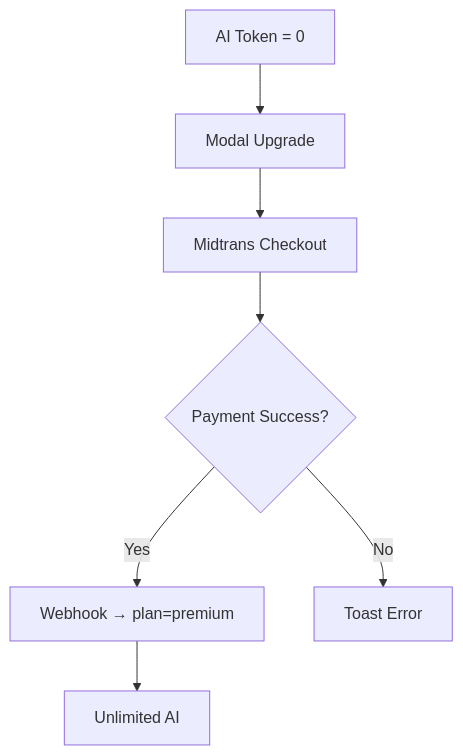
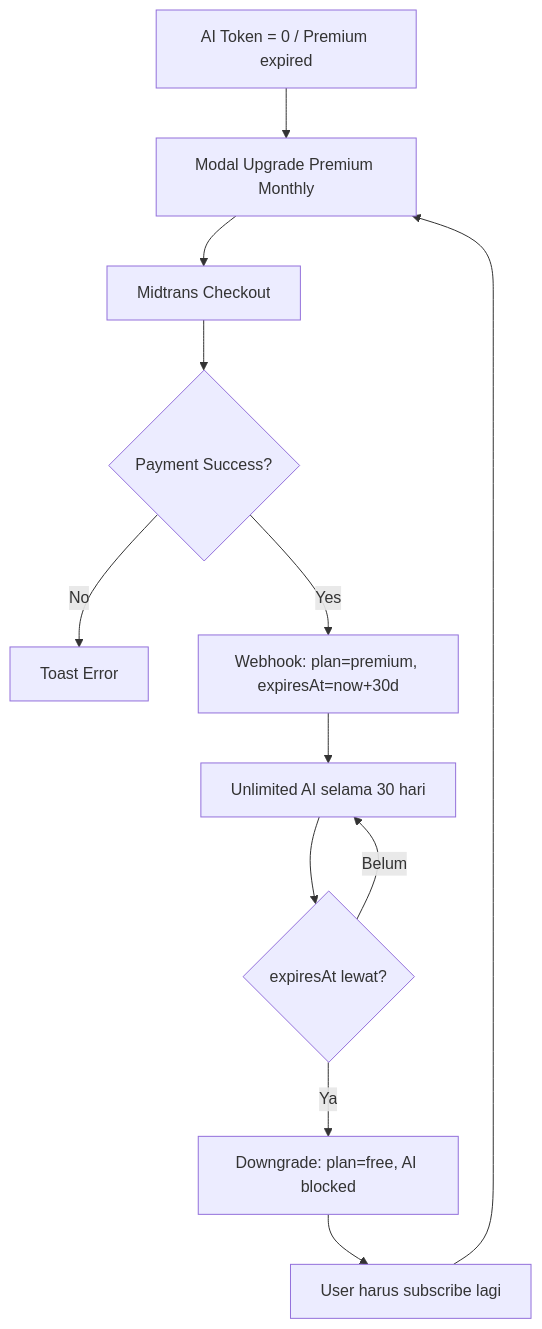
One commit to Final-Project-97/FinalProject97 changed the second of 2 diagrams in PRD.md. Above: the diagram before and after it, drawn with Mermaid. The commit also changed other lines of this file and 2 other files, not shown here.

Commit message:
chore: Rev PRD, ERD, Schema

````diff
--- a/PRD.md
+++ b/PRD.md
@@ -325,9 +346,14 @@
 ```mermaid
 flowchart TD
-    A[AI Token = 0] --> B[Modal Upgrade]
+    A[AI Token = 0 / Premium expired] --> B[Modal Upgrade Premium Monthly]
     B --> C[Midtrans Checkout]
     C --> D{Payment Success?}
-    D -->|Yes| E[Webhook → plan=premium]
     D -->|No| F[Toast Error]
-    E --> G[Unlimited AI]
+    D -->|Yes| E[Webhook: plan=premium, expiresAt=now+30d]
+    E --> G[Unlimited AI selama 30 hari]
+    G --> H{expiresAt lewat?}
+    H -->|Ya| I[Downgrade: plan=free, AI blocked]
+    I --> J[User harus subscribe lagi]
+    J --> B
+    H -->|Belum| G
 ```
````
